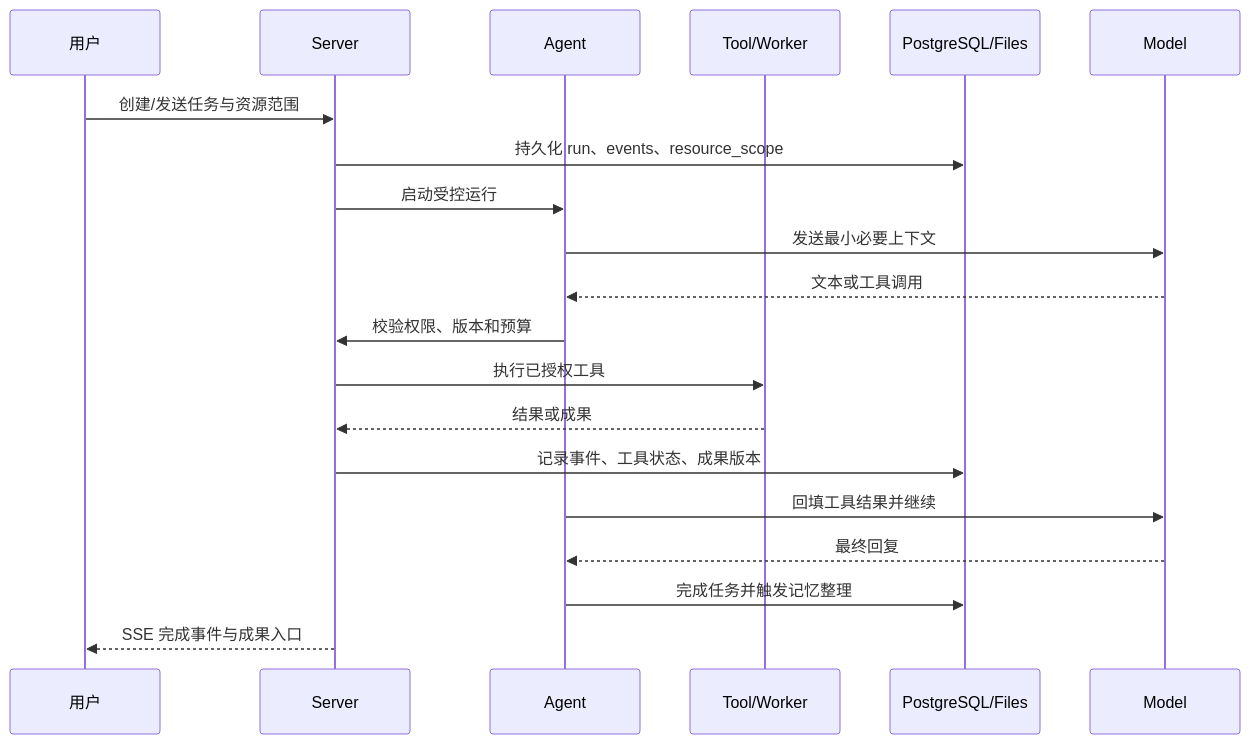
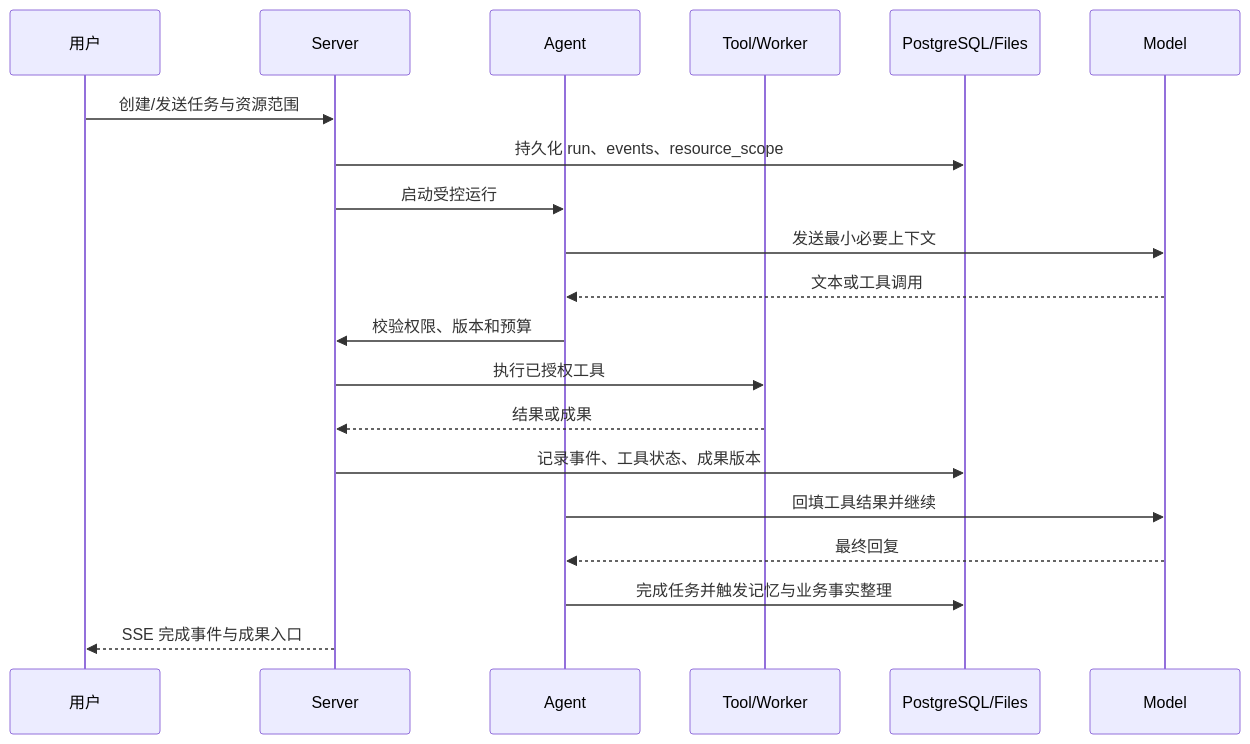
One commit to lichangbing/WorkPivot changed the second of 3 diagrams in docs/02-design/architecture/系统总览.md. Above: the diagram before and after it, drawn with Mermaid. The commit also changed other lines of this file and 37 other files, not shown here.

````diff
--- a/docs/02-design/architecture/系统总览.md
+++ b/docs/02-design/architecture/系统总览.md
@@ -127,23 +128,23 @@
 ```mermaid
 sequenceDiagram
   participant U as 用户
   participant S as Server
   participant A as Agent
   participant T as Tool/Worker
   participant D as PostgreSQL/Files
   participant M as Model
 
   U->>S: 创建/发送任务与资源范围
   S->>D: 持久化 run、events、resource_scope
   S->>A: 启动受控运行
   A->>M: 发送最小必要上下文
   M-->>A: 文本或工具调用
   A->>S: 校验权限、版本和预算
   S->>T: 执行已授权工具
   T-->>S: 结果或成果
   S->>D: 记录事件、工具状态、成果版本
   A->>M: 回填工具结果并继续
   M-->>A: 最终回复
-  A->>D: 完成任务并触发记忆整理
+  A->>D: 完成任务并触发记忆与业务事实整理
   S-->>U: SSE 完成事件与成果入口
 ```
````
